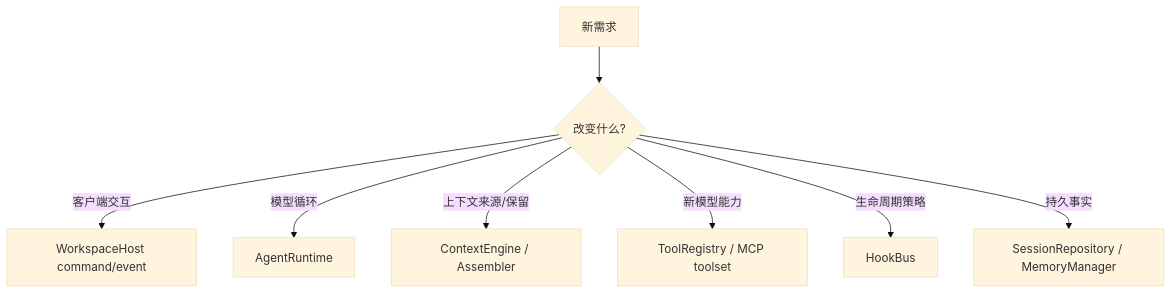
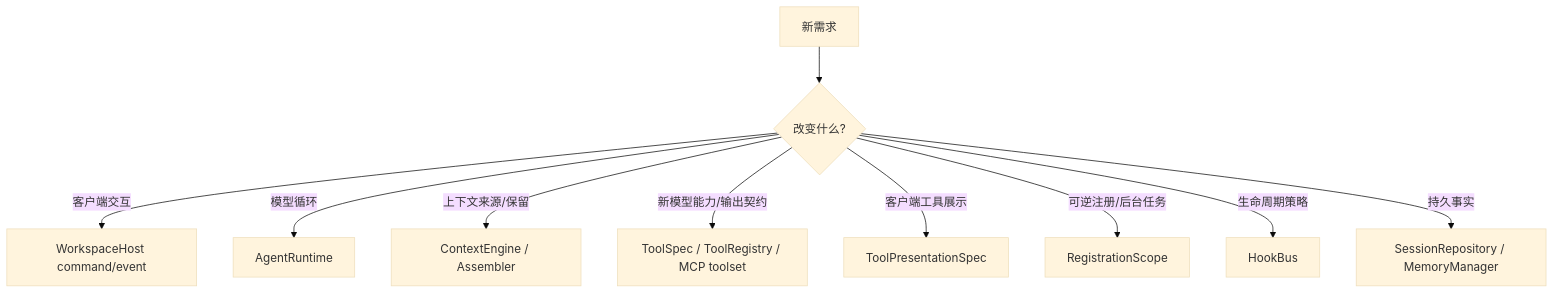
The diagram in docs/architecture-guide/08-code-navigation.md (JasonYZzz/lumen), drawn with Mermaid (base theme) before and after one commit. The commit also changed other lines of this file and 162 other files, not shown here.

````diff
--- a/docs/architecture-guide/08-code-navigation.md
+++ b/docs/architecture-guide/08-code-navigation.md
@@ -60,10 +68,12 @@
 ```mermaid
 flowchart TD
     F["新需求"] --> Q{"改变什么?"}
     Q -->|客户端交互| Host["WorkspaceHost command/event"]
     Q -->|模型循环| Runtime["AgentRuntime"]
     Q -->|上下文来源/保留| Context["ContextEngine / Assembler"]
-    Q -->|新模型能力| Tool["ToolRegistry / MCP toolset"]
+    Q -->|新模型能力/输出契约| Tool["ToolSpec / ToolRegistry / MCP toolset"]
+    Q -->|客户端工具展示| Presentation["ToolPresentationSpec"]
+    Q -->|可逆注册/后台任务| Scope["RegistrationScope"]
     Q -->|生命周期策略| Hook["HookBus"]
     Q -->|持久事实| Session["SessionRepository / MemoryManager"]
 ```
````
